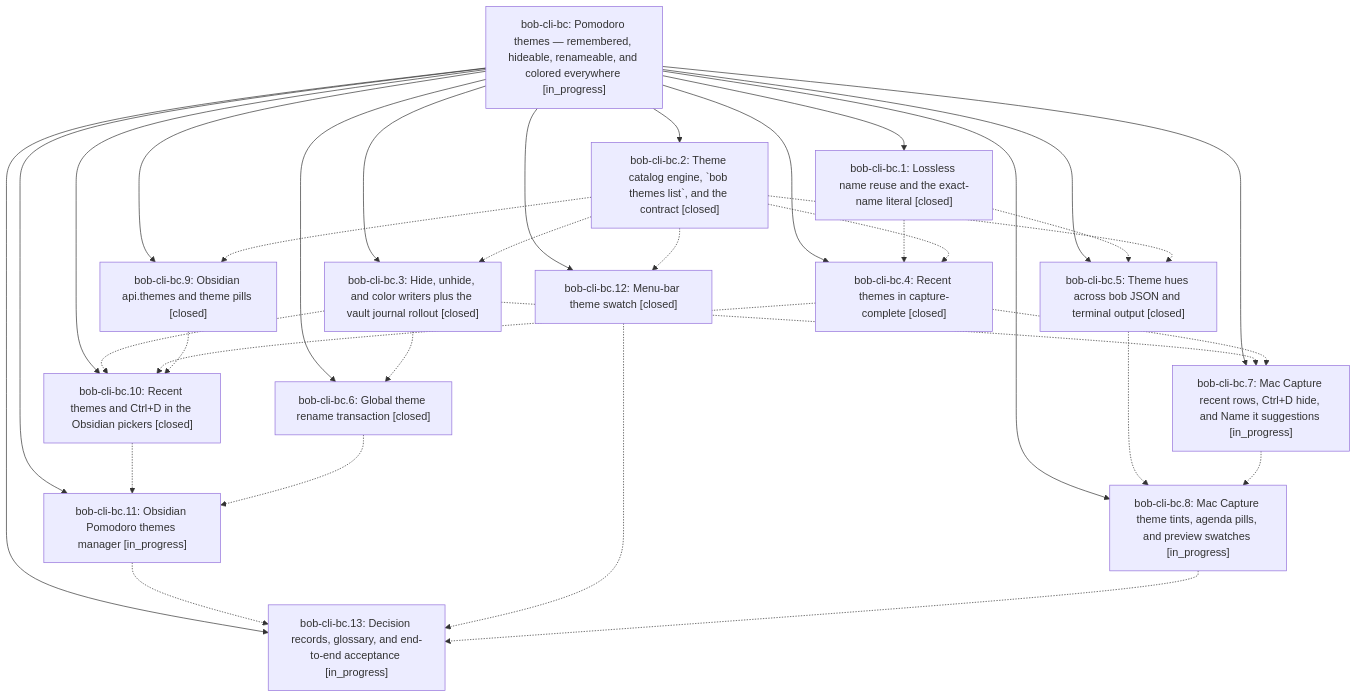
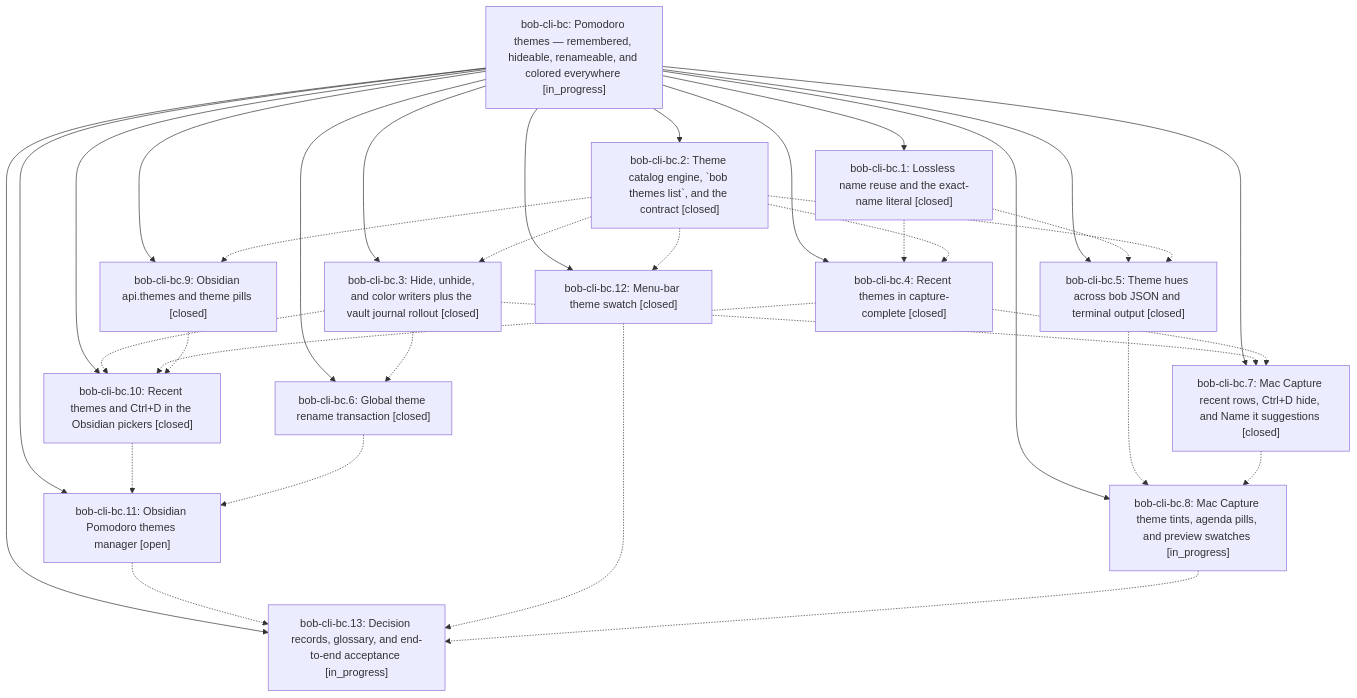
The diagram in pages/bob-cli-bc/README.md (bobs-org/bob-cli--beads), drawn with Mermaid before and after one commit. The commit also changed other lines of this file and 9 other files, not shown here.

First line of the commit message:
chore(beads): sync bead state and pages for bob-cli-bc

````diff
--- a/pages/bob-cli-bc/README.md
+++ b/pages/bob-cli-bc/README.md
@@ -56,50 +58,50 @@
 ```mermaid
 flowchart TD
     n0["bob-cli-bc: Pomodoro themes — remembered, hideable, renameable, and colored everywhere [in_progress]"]
     n1["bob-cli-bc.1: Lossless name reuse and the exact-name literal [closed]"]
     n2["bob-cli-bc.10: Recent themes and Ctrl+D in the Obsidian pickers [closed]"]
-    n3["bob-cli-bc.11: Obsidian Pomodoro themes manager [in_progress]"]
+    n3["bob-cli-bc.11: Obsidian Pomodoro themes manager [open]"]
     n4["bob-cli-bc.12: Menu-bar theme swatch [closed]"]
     n5["bob-cli-bc.13: Decision records, glossary, and end-to-end acceptance [in_progress]"]
     n6["bob-cli-bc.2: Theme catalog engine, `bob themes list`, and the contract [closed]"]
     n7["bob-cli-bc.3: Hide, unhide, and color writers plus the vault journal rollout [closed]"]
     n8["bob-cli-bc.4: Recent themes in capture-complete [closed]"]
     n9["bob-cli-bc.5: Theme hues across bob JSON and terminal output [closed]"]
     n10["bob-cli-bc.6: Global theme rename transaction [closed]"]
-    n11["bob-cli-bc.7: Mac Capture recent rows, Ctrl+D hide, and Name it suggestions [in_progress]"]
+    n11["bob-cli-bc.7: Mac Capture recent rows, Ctrl+D hide, and Name it suggestions [closed]"]
     n12["bob-cli-bc.8: Mac Capture theme tints, agenda pills, and preview swatches [in_progress]"]
     n13["bob-cli-bc.9: Obsidian api.themes and theme pills [closed]"]
     n0 --> n1
     n0 --> n2
     n0 --> n3
     n0 --> n4
     n0 --> n5
     n0 --> n6
     n0 --> n7
     n0 --> n8
     n0 --> n9
     n0 --> n10
     n0 --> n11
     n0 --> n12
     n0 --> n13
     n1 -.-> n8
     n1 -.-> n9
     n2 -.-> n3
     n3 -.-> n5
     n4 -.-> n5
     n6 -.-> n4
     n6 -.-> n7
     n6 -.-> n8
     n6 -.-> n9
     n6 -.-> n13
     n7 -.-> n2
     n7 -.-> n10
     n7 -.-> n11
     n8 -.-> n2
     n8 -.-> n11
     n9 -.-> n12
     n10 -.-> n3
     n11 -.-> n12
     n12 -.-> n5
     n13 -.-> n2
 ```
````
